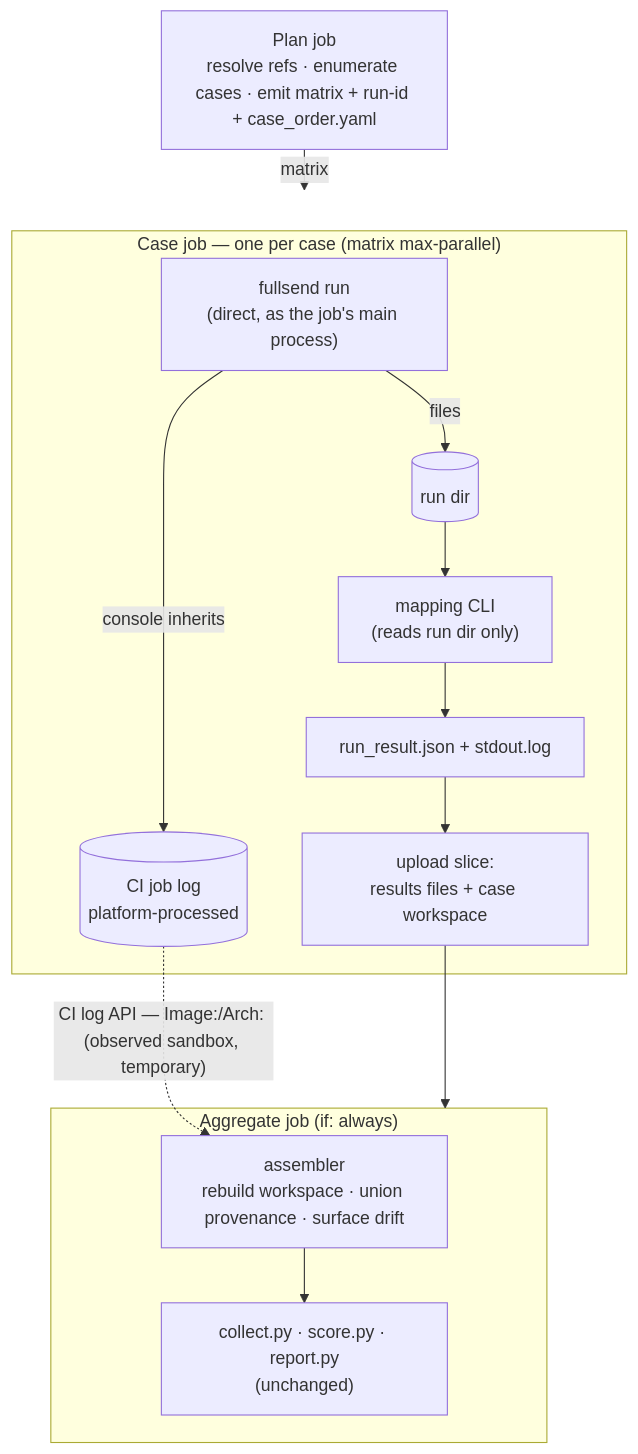
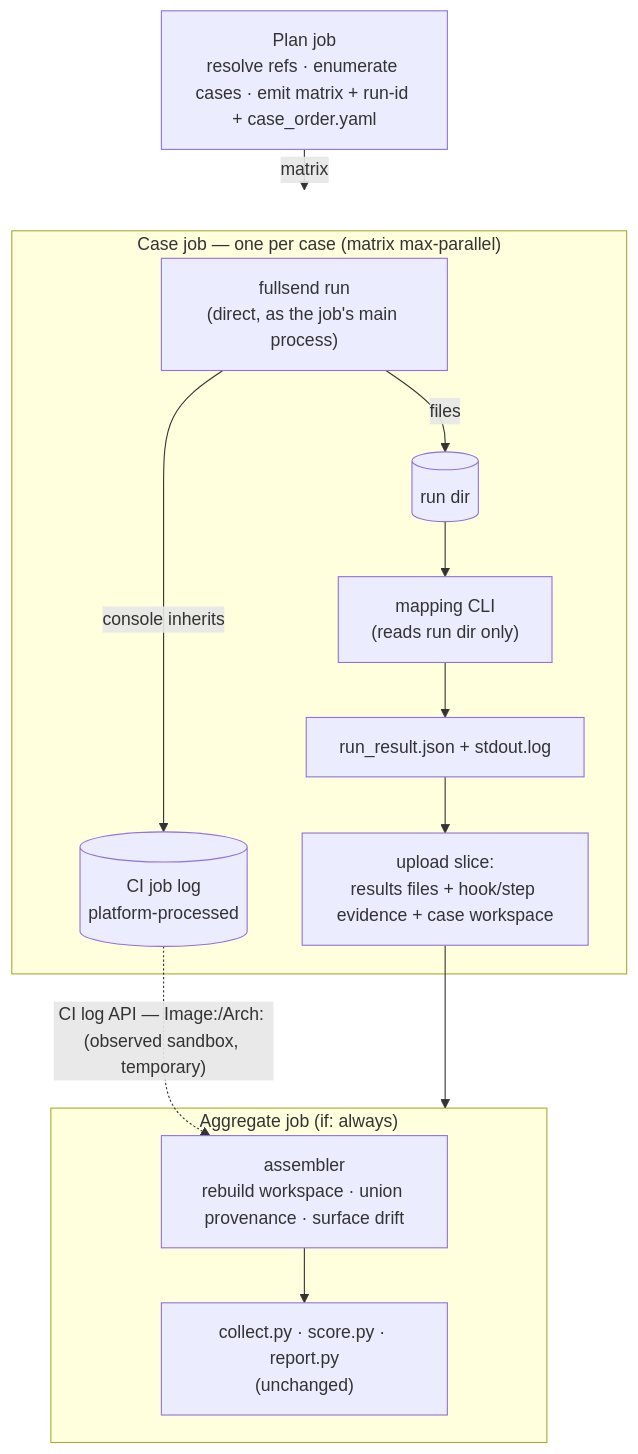
The diagram in docs/0006-per-case-ci-jobs-direct-fullsend.md (fullsend-ai/agent-eval-harness), drawn with Mermaid before and after one commit. The commit also changed other lines of this file, not shown here.

First line of the commit message:
docs(#332): include hook_outputs and per-step evidence in ADR 0006 slice contract (PR #333)

````diff
--- a/docs/0006-per-case-ci-jobs-direct-fullsend.md
+++ b/docs/0006-per-case-ci-jobs-direct-fullsend.md
@@ -25,19 +25,19 @@
 ```mermaid
 flowchart TD
     PLAN["Plan job<br/>resolve refs · enumerate cases · emit matrix + run-id + case_order.yaml"]
     PLAN -->|matrix| CASE
     subgraph CASE ["Case job — one per case (matrix max-parallel)"]
         FS["fullsend run<br/>(direct, as the job's main process)"]
         FS -->|console inherits| LOG[("CI job log<br/>platform-processed")]
         FS -->|files| RD[("run dir")]
         RD --> MAP["mapping CLI<br/>(reads run dir only)"]
         MAP --> RF["run_result.json + stdout.log"]
-        RF --> UP["upload slice:<br/>results files + case workspace"]
+        RF --> UP["upload slice:<br/>results files + hook/step evidence + case workspace"]
     end
     UP --> AGG
     subgraph AGG ["Aggregate job (if: always)"]
         ASM["assembler<br/>rebuild workspace · union provenance · surface drift"]
         ASM --> CSR["collect.py · score.py · report.py<br/>(unchanged)"]
     end
     LOG -.->|"CI log API — Image:/Arch: (observed sandbox, temporary)"| ASM
 ```
````
